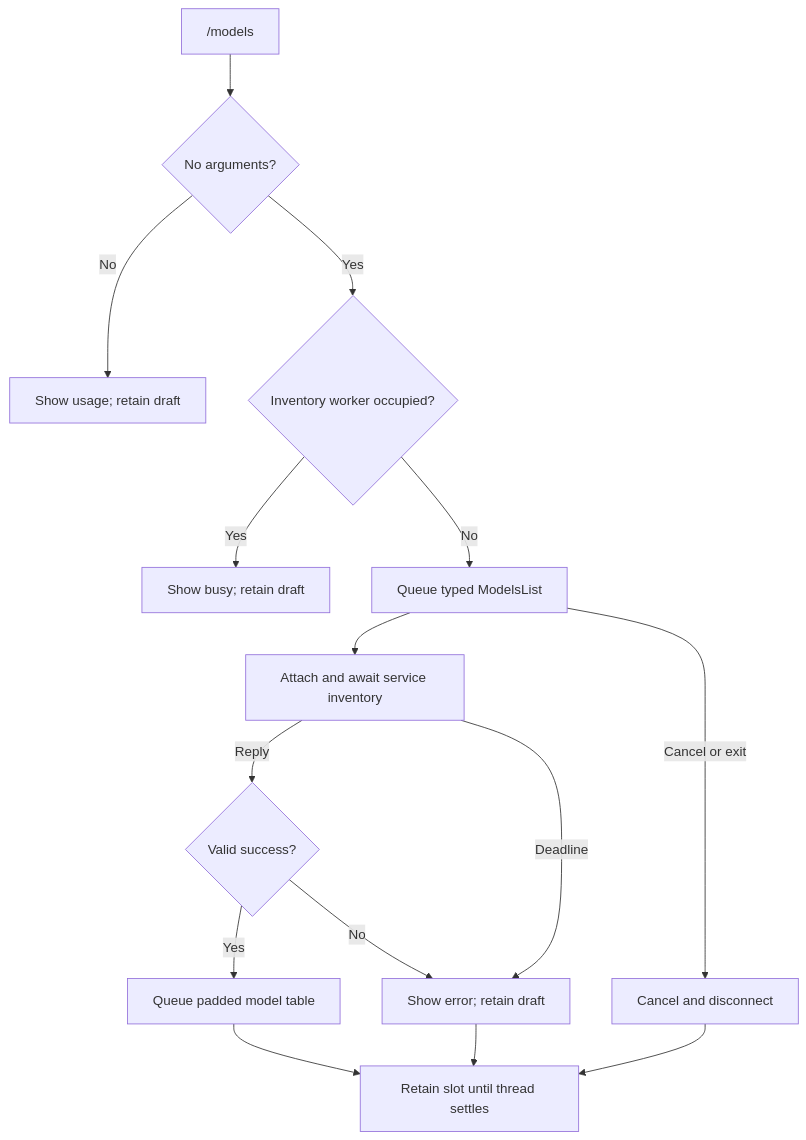
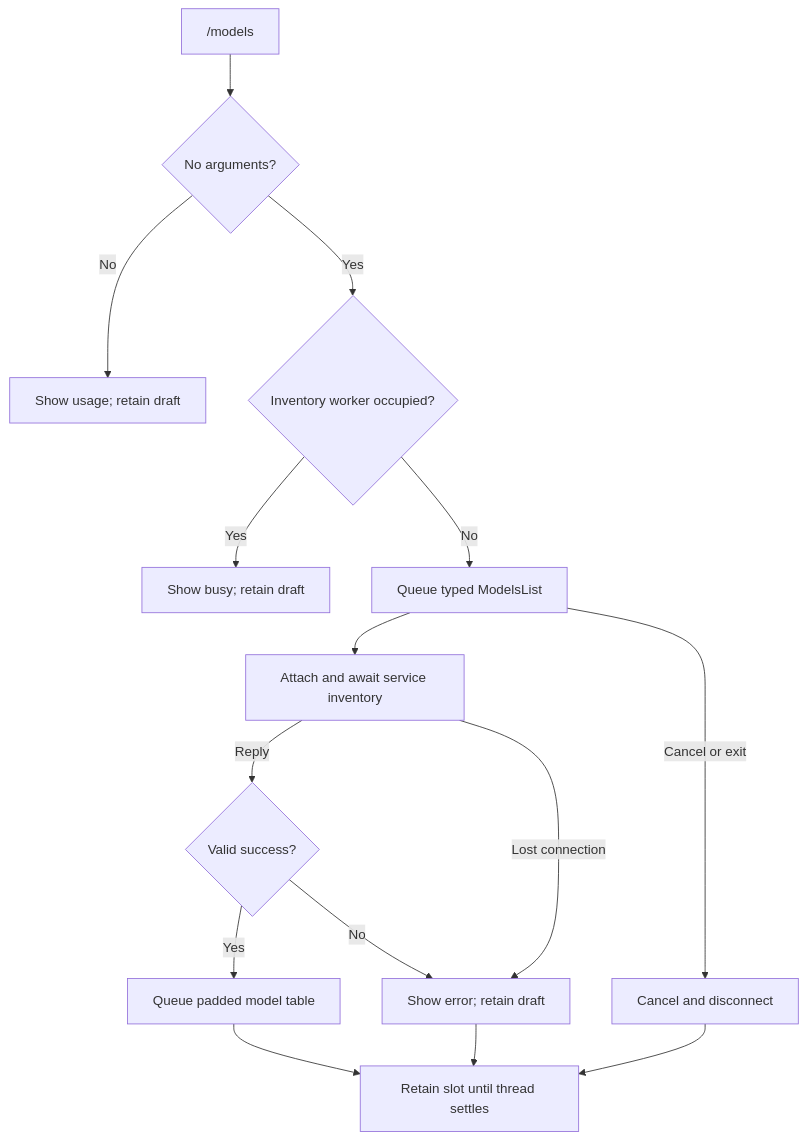
One commit to pidster/asura changed diagram 16 of 18 in docs/designs/command-flows.md. Above: the diagram before and after it, drawn with Mermaid. The commit also changed other lines of this file and 39 other files, not shown here.

````diff
--- a/docs/designs/command-flows.md
+++ b/docs/designs/command-flows.md
@@ -538,17 +612,17 @@
 ```mermaid
 flowchart TD
     Input["/models"] --> Arity{"No arguments?"}
     Arity -->|No| Usage["Show usage; retain draft"]
     Arity -->|Yes| Busy{"Inventory worker occupied?"}
     Busy -->|Yes| Retain["Show busy; retain draft"]
     Busy -->|No| Queue["Queue typed ModelsList"]
     Queue --> Worker["Attach and await service inventory"]
     Worker -->|Reply| Result{"Valid success?"}
     Result -->|Yes| Table["Queue padded model table"]
     Result -->|No| Error["Show error; retain draft"]
-    Worker -->|Deadline| Error
+    Worker -->|"Lost connection"| Error
     Queue -->|Cancel or exit| Cancel["Cancel and disconnect"]
     Cancel --> Settle["Retain slot until thread settles"]
     Error --> Settle
     Table --> Settle
 ```
````
